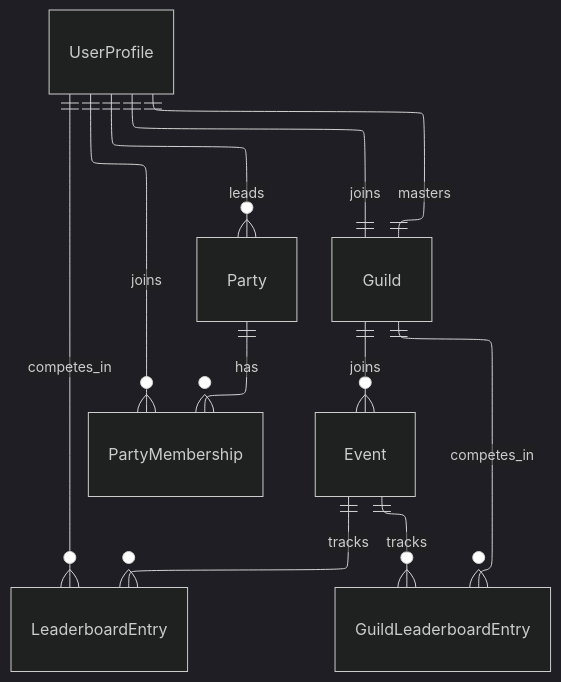
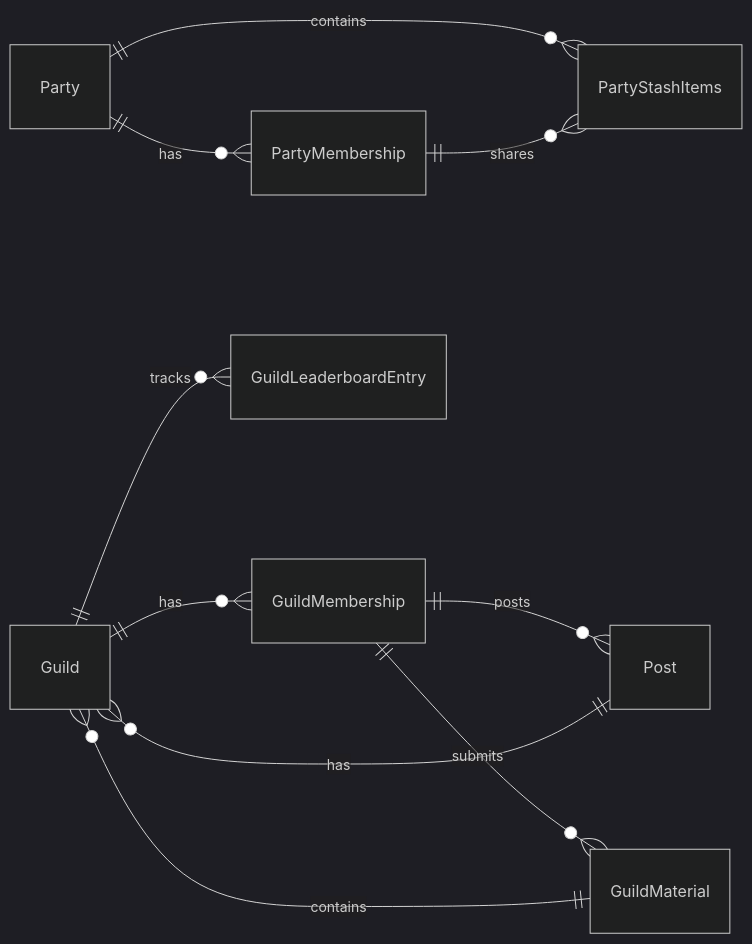
One commit to FA25SE050-RogueLearn/RogueLearn.BMAD.Documentation changed the diagram in mermaid-diagrams/erd/social-service-erd.md. Above: the diagram before and after it, drawn with Mermaid (dark theme). The commit also changed other lines of this file and 7 other files, not shown here.

Commit message:
feat: update database schema for Quests and User academic related tables

````diff
--- a/mermaid-diagrams/erd/social-service-erd.md
+++ b/mermaid-diagrams/erd/social-service-erd.md
@@ -5,17 +5,45 @@
 ```mermaid
----
-config:
-  layout: elk
----
 erDiagram
-    UserProfile ||--o{ Party : leads
-    Party ||--o{ PartyMembership : has
-    UserProfile ||--o{ PartyMembership : joins
-    UserProfile ||--|| Guild : masters
-    UserProfile ||--|| Guild : joins
-    Guild ||--o{ Event : joins
-    UserProfile ||--o{ LeaderboardEntry : competes_in
-    Event ||--o{ LeaderboardEntry : tracks
-    Guild ||--o{ GuildLeaderboardEntry : competes_in
-    Event ||--o{ GuildLeaderboardEntry : tracks
+	direction LR
+	Party {
+
+	}
+
+	PartyMembership {
+
+	}
+
+	PartyStashItems {
+
+	}
+
+	Guild {
+
+	}
+
+	GuildMembership {
+
+	}
+
+	GuildLeaderboardEntry {
+
+	}
+
+	Post {
+
+	}
+
+	GuildMaterial {
+
+	}
+
+	Party||--o{PartyMembership:"has"
+	Party||--o{PartyStashItems:"contains"
+	PartyMembership||--o{PartyStashItems:"shares"
+	Guild||--o{GuildMembership:"has"
+	Guild||--o{GuildLeaderboardEntry:"tracks"
+	Post||--o{Guild:"has"
+	GuildMembership||--o{Post:"posts"
+	GuildMaterial||--o{Guild:"contains"
+	GuildMembership||--o{GuildMaterial:"submits"
 ```
````
